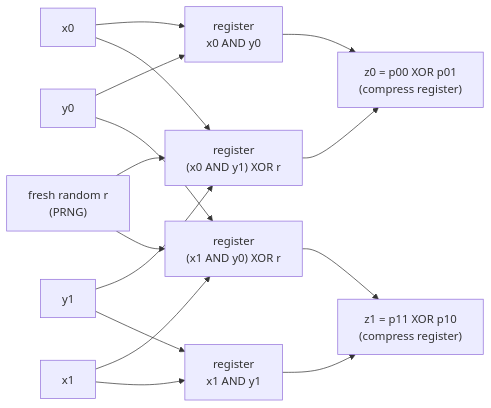
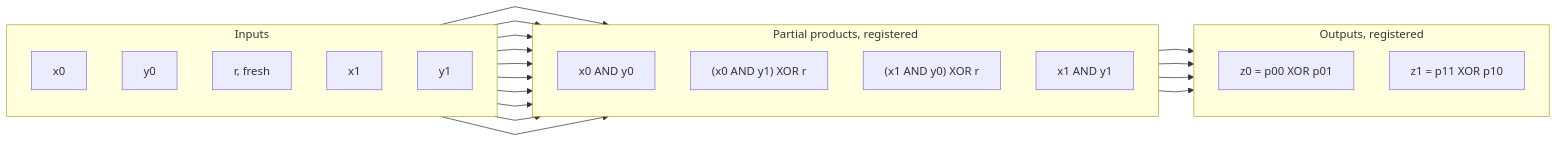
Before and after one commit to DH1252/mlkem_hls: the fourth of 12 diagrams in docs/PQSE_diagrams.md, drawn with Mermaid. The commit also changed other lines of this file, not shown here.

First line of the commit message:
docs: restructure the diagrams, straight edges, plainer text

````diff
--- a/docs/PQSE_diagrams.md
+++ b/docs/PQSE_diagrams.md
@@ -140,17 +146,38 @@
 ```mermaid
+%%{init: {"flowchart": {"curve": "linear"}}}%%
 flowchart LR
-    x0["x0"] --> p00["register<br/>x0 AND y0"]
-    y0["y0"] --> p00
-    x0 --> p01["register<br/>(x0 AND y1) XOR r"]
-    y1["y1"] --> p01
-    x1["x1"] --> p10["register<br/>(x1 AND y0) XOR r"]
+    subgraph IN["Inputs"]
+        direction TB
+        x0["x0"]
+        y0["y0"]
+        r["r, fresh"]
+        x1["x1"]
+        y1["y1"]
+    end
+    subgraph PP["Partial products, registered"]
+        direction TB
+        p00["x0 AND y0"]
+        p01["(x0 AND y1) XOR r"]
+        p10["(x1 AND y0) XOR r"]
+        p11["x1 AND y1"]
+    end
+    subgraph OUT["Outputs, registered"]
+        direction TB
+        z0["z0 = p00 XOR p01"]
+        z1["z1 = p11 XOR p10"]
+    end
+    x0 --> p00
+    y0 --> p00
+    x0 --> p01
+    y1 --> p01
+    r --> p01
+    x1 --> p10
     y0 --> p10
-    x1 --> p11["register<br/>x1 AND y1"]
+    r --> p10
+    x1 --> p11
     y1 --> p11
-    r["fresh random r<br/>(PRNG)"] --> p01
-    r --> p10
-    p00 --> z0["z0 = p00 XOR p01<br/>(compress register)"]
+    p00 --> z0
     p01 --> z0
-    p10 --> z1["z1 = p11 XOR p10<br/>(compress register)"]
+    p10 --> z1
     p11 --> z1
 ```
````
